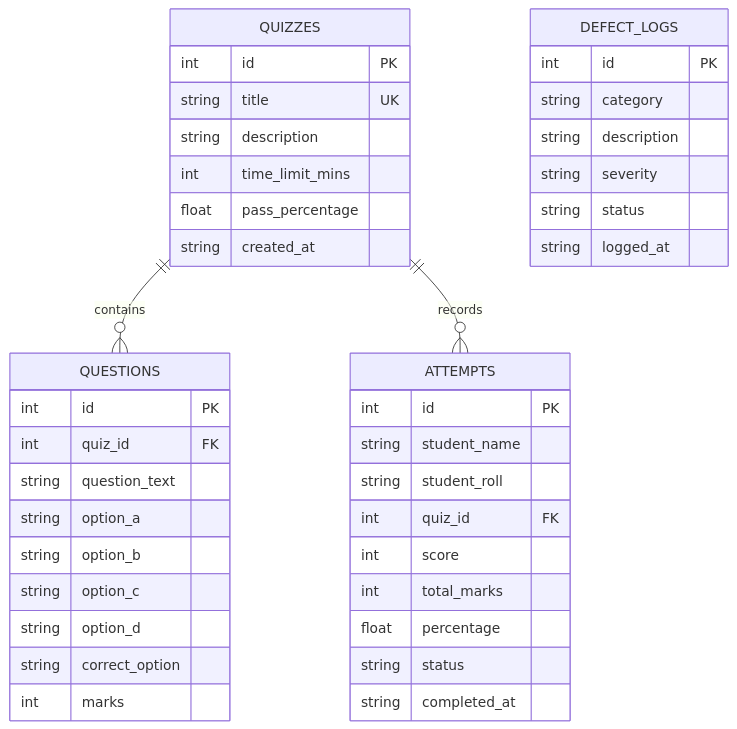
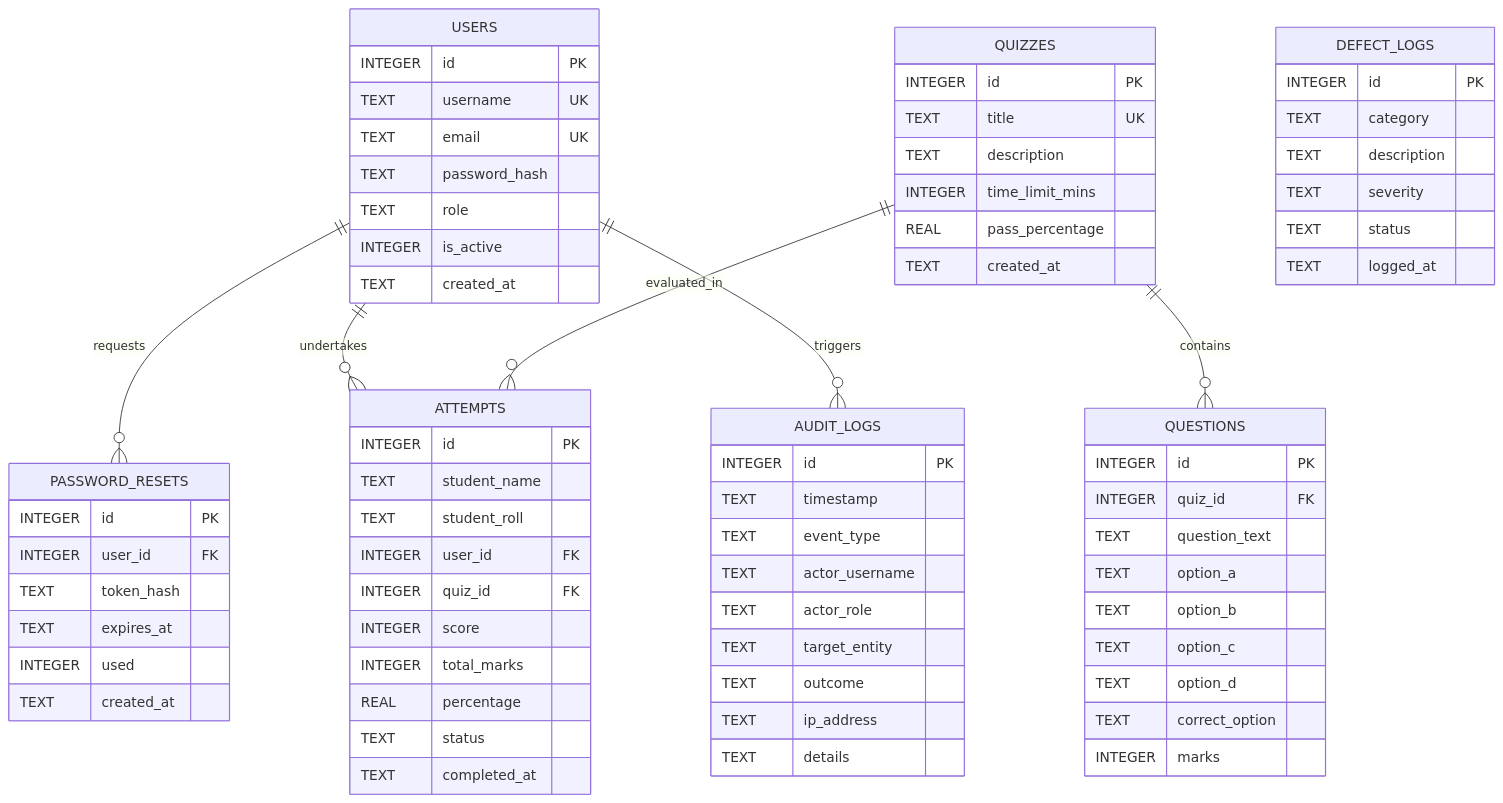
One commit to krutika-here/BBAT104_TQM_AU_24_5942 changed the fifth of 5 diagrams in docs/ARCHITECTURE.md. Above: the diagram before and after it, drawn with Mermaid. The commit also changed other lines of this file and 4 other files, not shown here.

Commit message:
docs: align Review 1 SRS, architecture, scope and README with Q04 security goal

````diff
--- a/docs/ARCHITECTURE.md
+++ b/docs/ARCHITECTURE.md
@@ -366,43 +315,82 @@
 ```mermaid
 erDiagram
-    QUIZZES ||--o{ QUESTIONS : contains
-    QUIZZES ||--o{ ATTEMPTS : records
+    USERS ||--o{ PASSWORD_RESETS : "requests"
+    USERS ||--o{ ATTEMPTS : "undertakes"
+    USERS ||--o{ AUDIT_LOGS : "triggers"
+    QUIZZES ||--o{ QUESTIONS : "contains"
+    QUIZZES ||--o{ ATTEMPTS : "evaluated_in"
+
+    USERS {
+        INTEGER id PK
+        TEXT username UK
+        TEXT email UK
+        TEXT password_hash
+        TEXT role
+        INTEGER is_active
+        TEXT created_at
+    }
+
+    PASSWORD_RESETS {
+        INTEGER id PK
+        INTEGER user_id FK
+        TEXT token_hash
+        TEXT expires_at
+        INTEGER used
+        TEXT created_at
+    }
+
+    QUIZZES {
+        INTEGER id PK
+        TEXT title UK
+        TEXT description
+        INTEGER time_limit_mins
+        REAL pass_percentage
+        TEXT created_at
+    }
+
+    QUESTIONS {
+        INTEGER id PK
+        INTEGER quiz_id FK
+        TEXT question_text
+        TEXT option_a
+        TEXT option_b
+        TEXT option_c
+        TEXT option_d
+        TEXT correct_option
+        INTEGER marks
+    }
+
+    ATTEMPTS {
+        INTEGER id PK
+        TEXT student_name
+        TEXT student_roll
+        INTEGER user_id FK
+        INTEGER quiz_id FK
+        INTEGER score
+        INTEGER total_marks
+        REAL percentage
+        TEXT status
+        TEXT completed_at
+    }
+
+    AUDIT_LOGS {
+        INTEGER id PK
+        TEXT timestamp
+        TEXT event_type
+        TEXT actor_username
+        TEXT actor_role
+        TEXT target_entity
+        TEXT outcome
+        TEXT ip_address
+        TEXT details
+    }
+
     DEFECT_LOGS {
-        int id PK
-        string category
-        string description
-        string severity
-        string status
-        string logged_at
-    }
-    QUIZZES {
-        int id PK
-        string title UK
-        string description
-        int time_limit_mins
-        float pass_percentage
-        string created_at
-    }
-    QUESTIONS {
-        int id PK
-        int quiz_id FK
-        string question_text
-        string option_a
-        string option_b
-        string option_c
-        string option_d
-        string correct_option
-        int marks
-    }
-    ATTEMPTS {
-        int id PK
-        string student_name
-        string student_roll
-        int quiz_id FK
-        int score
-        int total_marks
-        float percentage
-        string status
-        string completed_at
+        INTEGER id PK
+        TEXT category
+        TEXT description
+        TEXT severity
+        TEXT status
+        TEXT logged_at
     }
 ```
````
